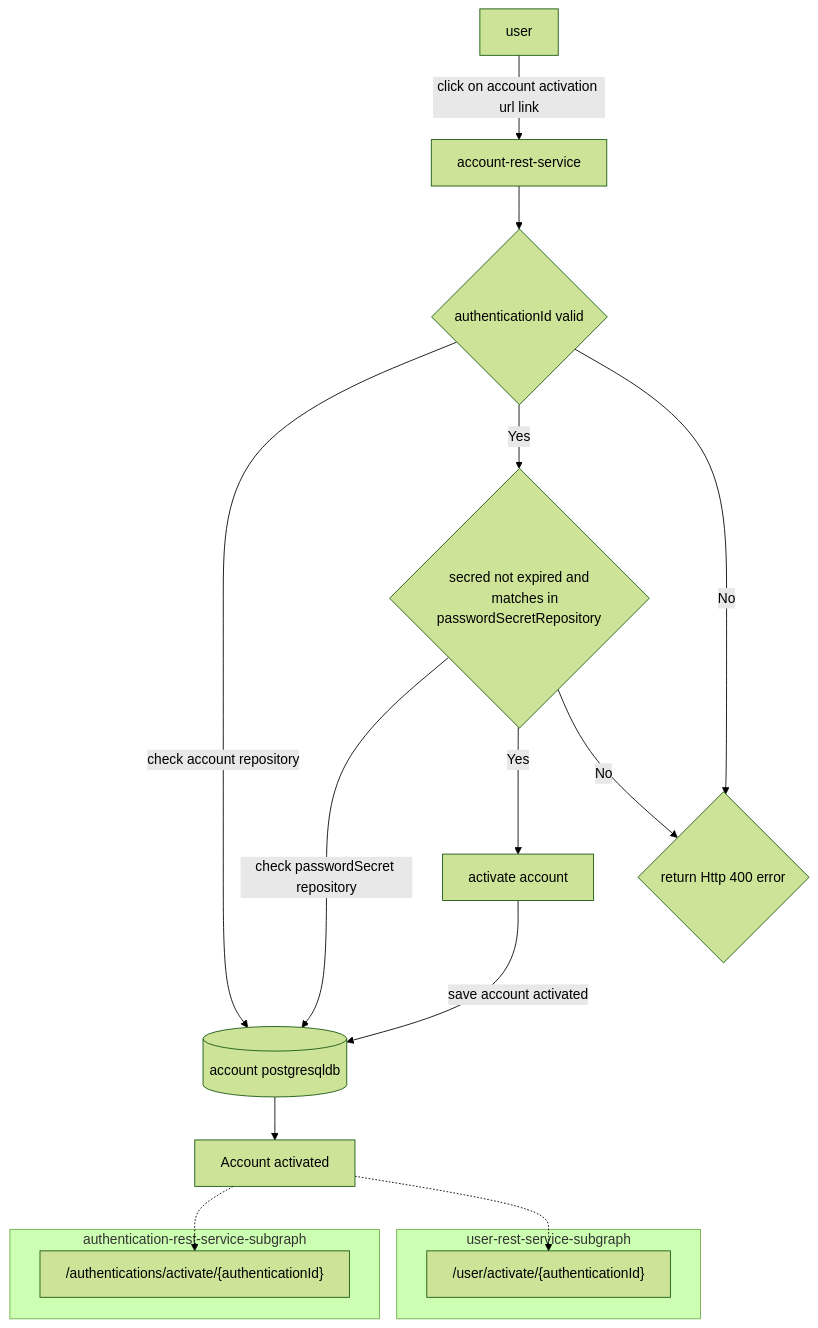
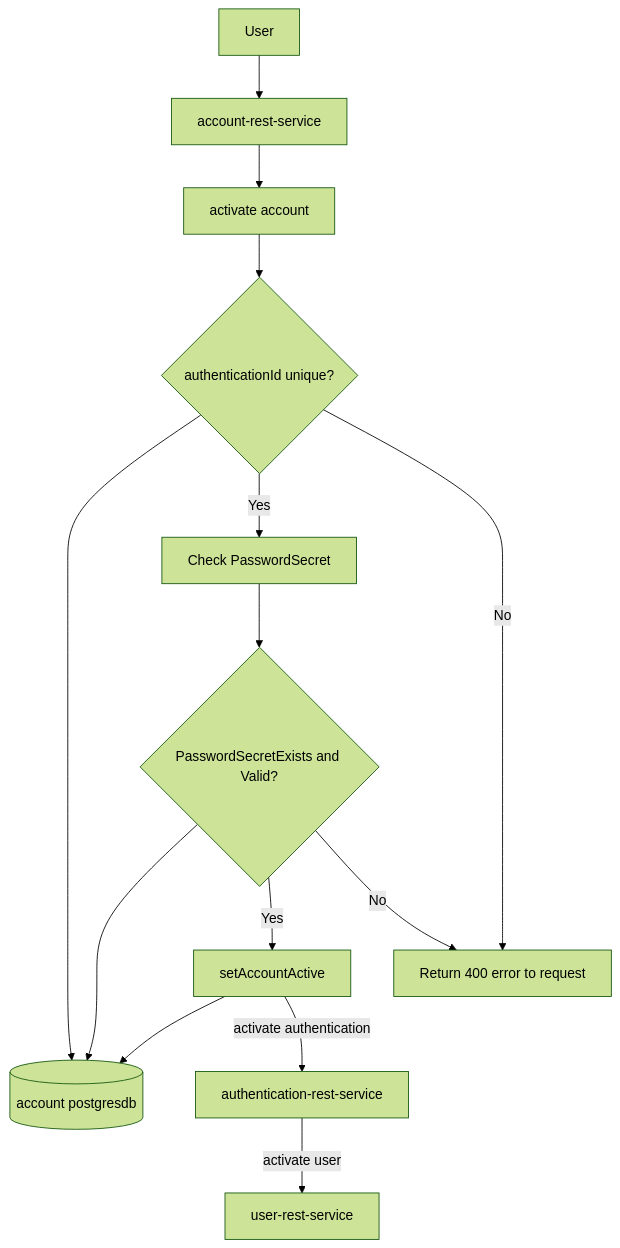
Before and after one commit to sonamsamdupkhangsar/account-rest-service: the second of 8 diagrams in README.md, drawn with Mermaid (forest theme). The commit also changed other lines of this file and 16 other files, not shown here.

````diff
--- a/README.md
+++ b/README.md
@@ -61,25 +91,20 @@
 ```mermaid
 flowchart TD
-    User[user] --"click on account activation url link" -->  AccountRestService[account-rest-service] 
-    AccountRestService --> authIdValid{authenticationId valid}
-    authIdValid --"check account repository"--> AccountPgsqlDb[(account postgresqldb)]
-   authIdValid -->|Yes| secretValid{"secred not expired and
-    matches in passwordSecretRepository"}
-   authIdValid -->|No| error400{return Http 400 error}
-   secretValid --"check passwordSecret repository" -->AccountPgsqlDb
-   secretValid -->|Yes| activateAccount[activate account]
-   activateAccount --"save account activated" --> AccountPgsqlDb
-   AccountPgsqlDb --> accountActivated["Account activated"]
-   secretValid -->|No| error400    
-   accountActivated -.-> authentication-rest-service
-   
-   accountActivated -.-> user-rest-service
-    
-    subgraph authentication-rest-service-subgraph
-    authentication-rest-service["/authentications/activate/{authenticationId}"]
-    end
-    
-    subgraph user-rest-service-subgraph
-    user-rest-service["/user/activate/{authenticationId}"]
-    end    
-```
+  User --> account-rest-service
+  account-rest-service --> activateAccount["activate account"]  
+  activateAccount --> authenticationIdUnique{authenticationId unique?}
+  
+  authenticationIdUnique --> accountDb[(account postgresdb)]
+  
+  authenticationIdUnique --> |Yes| passwordSecretCheck[Check PasswordSecret]
+  authenticationIdUnique --> |No| ReturnError[Return 400 error to request]
+  
+  passwordSecretCheck --> passwordSecretValid{PasswordSecretExists and Valid?}
+  
+  passwordSecretValid --> accountDb
+  passwordSecretValid -->|Yes| setAccountActive   
+  setAccountActive --> accountDb
+  setAccountActive --"activate authentication"--> activateAuthentication[authentication-rest-service] 
+  passwordSecretValid -->|No| ReturnError
+  activateAuthentication --"activate user"--> activateUser["user-rest-service"] 
+```  
````
